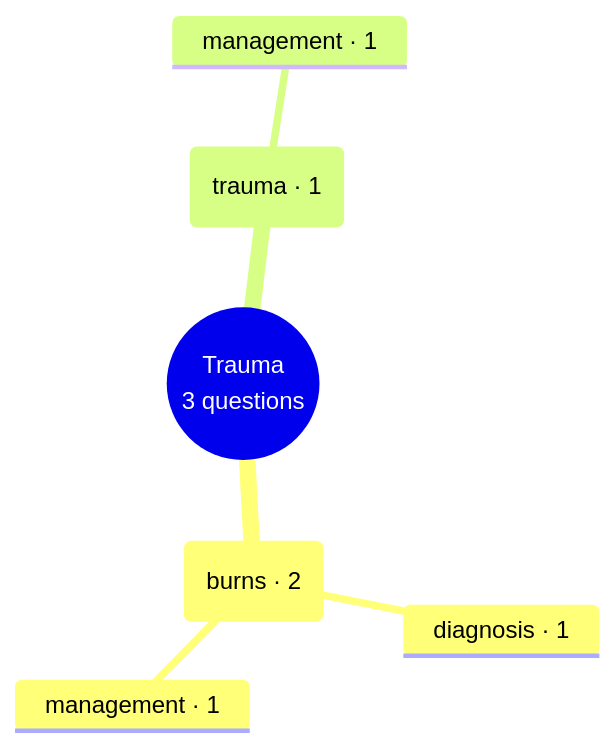
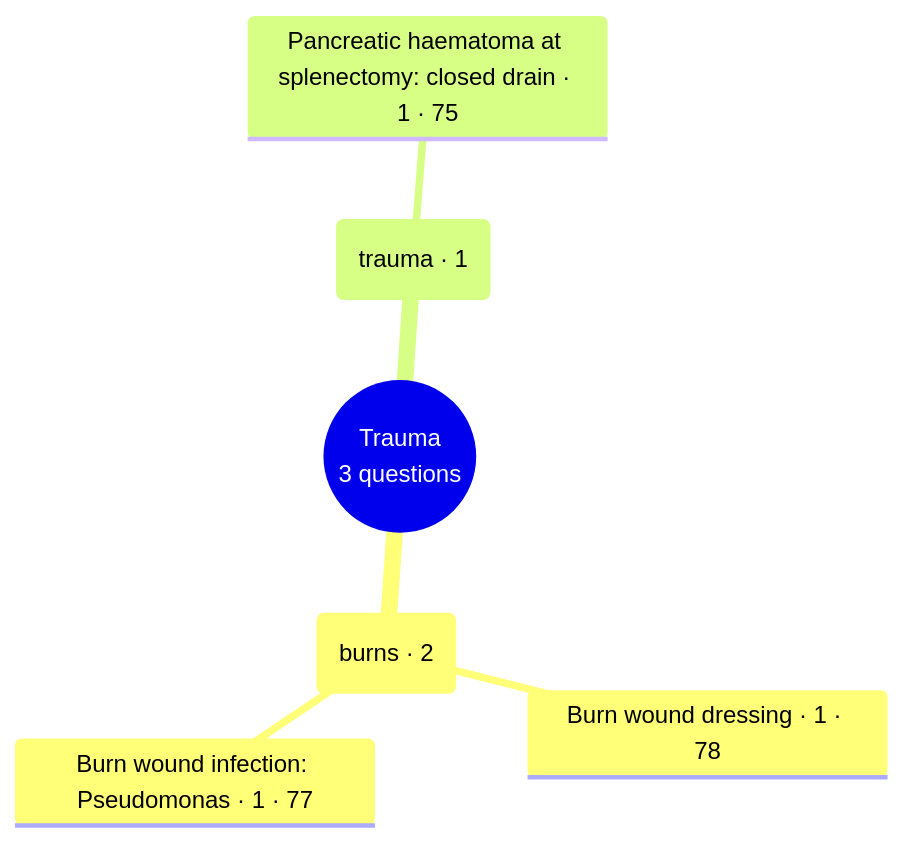
Before and after one commit to playerplayrh/surgery-year-4: the diagram in exam-map/mind-maps/trauma.md, drawn with Mermaid. The commit also changed other lines of this file and 41 other files, not shown here.

First line of the commit message:
Exam tags: add concept field; mind maps show concept leaves with counts and cohorts

````diff
--- a/exam-map/mind-maps/trauma.md
+++ b/exam-map/mind-maps/trauma.md
@@ -14,9 +14,9 @@
 ```mermaid
 mindmap
   root((Trauma<br>3 questions))
     (burns · 2)
-      diagnosis · 1
-      management · 1
+      Burn wound dressing · 1 · 78
+      Burn wound infection: Pseudomonas · 1 · 77
     (trauma · 1)
-      management · 1
+      Pancreatic haematoma at splenectomy: closed drain · 1 · 75
 ```
````
